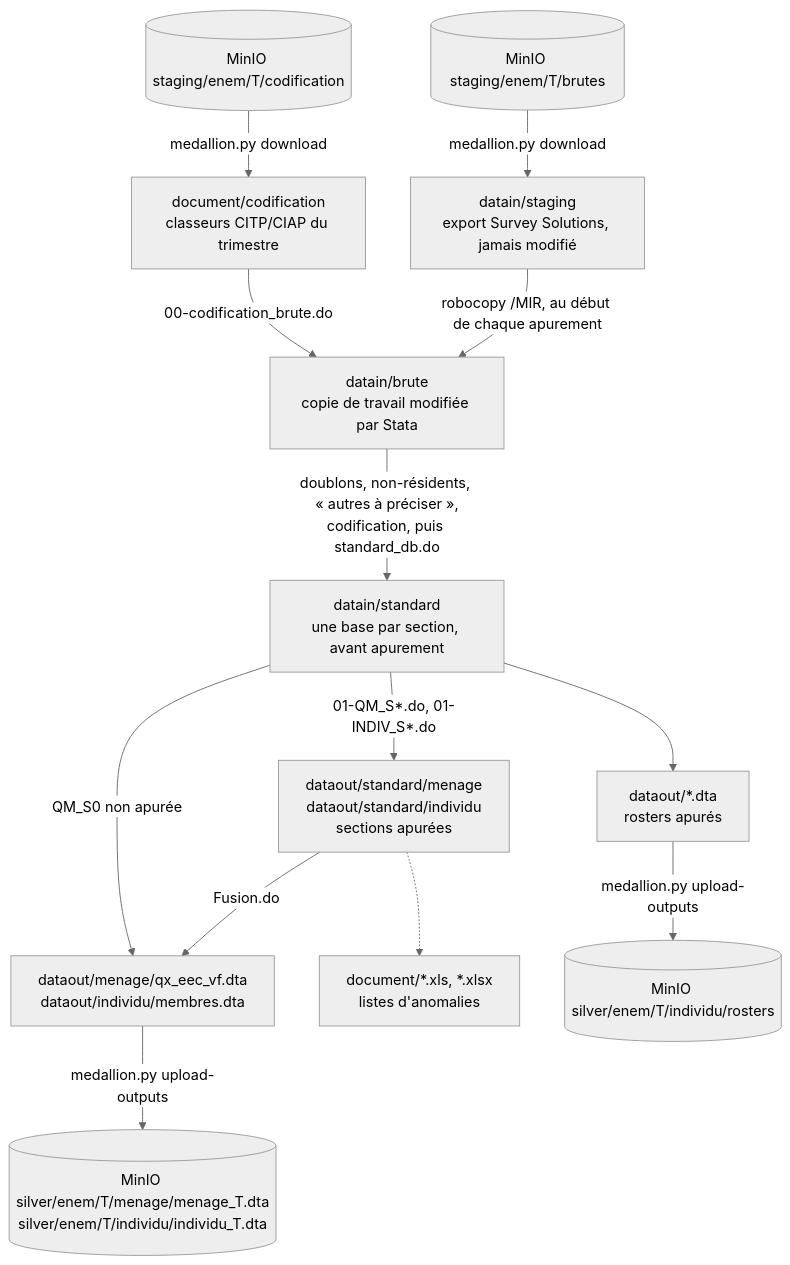
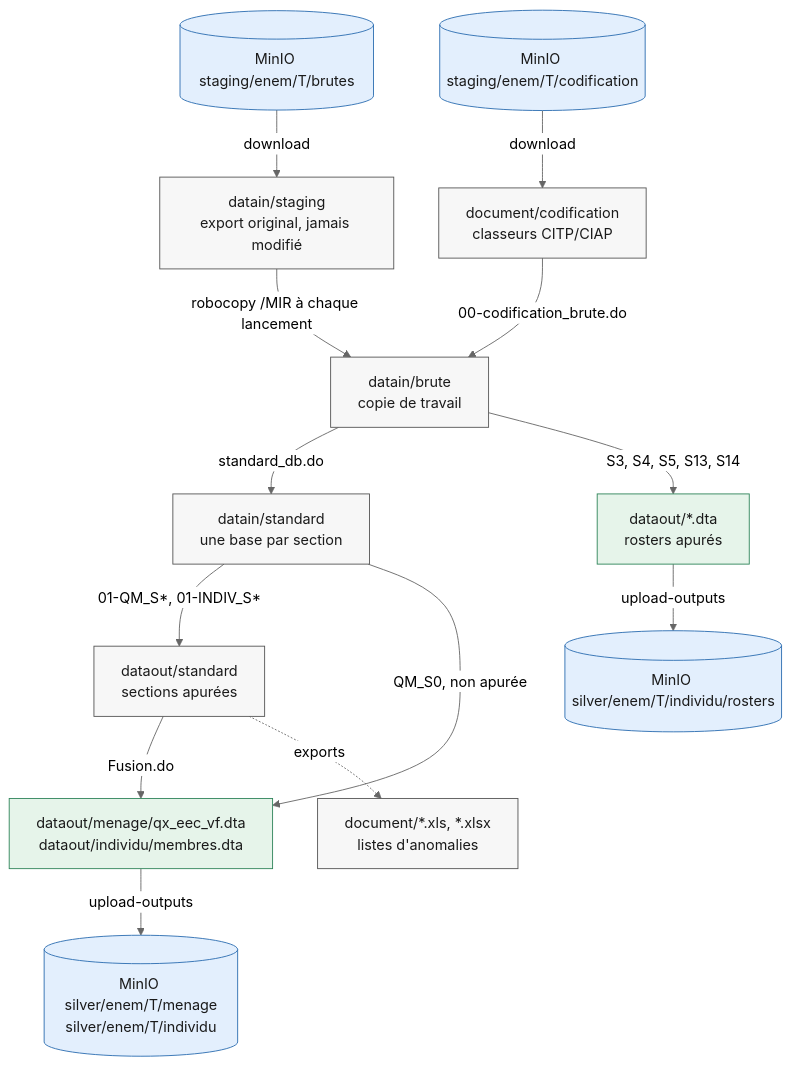
One commit to cae-ins/ene_apurement changed the second of 3 diagrams in README.md. Above: the diagram before and after it, drawn with Mermaid (neutral theme). The commit also changed other lines of this file, not shown here.

Commit message:
Refait les schémas du README : chaîne lisible de haut en bas, rosters issus de datain/brute, ordre d'exécution compact

````diff
--- a/README.md
+++ b/README.md
@@ -113,26 +115,35 @@
 ```mermaid
 flowchart TD
-    M1[("MinIO staging/enem/T/brutes")] -- "medallion.py download" --> STG
-    M2[("MinIO staging/enem/T/codification")] -- "medallion.py download" --> COD
-
-    STG["datain/staging<br/>export Survey Solutions, jamais modifié"]
-    COD["document/codification<br/>classeurs CITP/CIAP du trimestre"]
-    BRU["datain/brute<br/>copie de travail modifiée par Stata"]
-    STD["datain/standard<br/>une base par section, avant apurement"]
-    OST["dataout/standard/menage<br/>dataout/standard/individu<br/>sections apurées"]
+    M1[("MinIO staging/enem/T/brutes")]
+    M2[("MinIO staging/enem/T/codification")]
+    STG["datain/staging<br/>export original, jamais modifié"]
+    COD["document/codification<br/>classeurs CITP/CIAP"]
+    BRU["datain/brute<br/>copie de travail"]
+    STD["datain/standard<br/>une base par section"]
+    OST["dataout/standard<br/>sections apurées"]
     ROS["dataout/*.dta<br/>rosters apurés"]
     FIN["dataout/menage/qx_eec_vf.dta<br/>dataout/individu/membres.dta"]
     ERR["document/*.xls, *.xlsx<br/>listes d'anomalies"]
+    M3[("MinIO silver/enem/T/menage<br/>silver/enem/T/individu")]
+    M4[("MinIO silver/enem/T/individu/rosters")]
 
-    STG -- "robocopy /MIR, au début de chaque apurement" --> BRU
+    M1 -- "download" --> STG
+    M2 -- "download" --> COD
+    STG -- "robocopy /MIR à chaque lancement" --> BRU
     COD -- "00-codification_brute.do" --> BRU
-    BRU -- "doublons, non-résidents, « autres à préciser »,<br/>codification, puis standard_db.do" --> STD
-    STD -- "01-QM_S*.do, 01-INDIV_S*.do" --> OST
-    STD --> ROS
+    BRU -- "standard_db.do" --> STD
+    STD -- "01-QM_S*, 01-INDIV_S*" --> OST
+    BRU -- "S3, S4, S5, S13, S14" --> ROS
     OST -- "Fusion.do" --> FIN
-    STD -- "QM_S0 non apurée" --> FIN
-    OST -.-> ERR
+    STD -- "QM_S0, non apurée" --> FIN
+    OST -. "exports" .-> ERR
+    FIN -- "upload-outputs" --> M3
+    ROS -- "upload-outputs" --> M4
 
-    FIN -- "medallion.py upload-outputs" --> M3[("MinIO silver/enem/T/menage/menage_T.dta<br/>silver/enem/T/individu/individu_T.dta")]
-    ROS -- "medallion.py upload-outputs" --> M4[("MinIO silver/enem/T/individu/rosters")]
+    classDef minio fill:#e3effd,stroke:#2b6cb0,color:#1a1a1a
+    classDef local fill:#f7f7f7,stroke:#555555,color:#1a1a1a
+    classDef sortie fill:#e6f4ea,stroke:#2f855a,color:#1a1a1a
+    class M1,M2,M3,M4 minio
+    class STG,COD,BRU,STD,OST,ERR local
+    class FIN,ROS sortie
 ```
````
